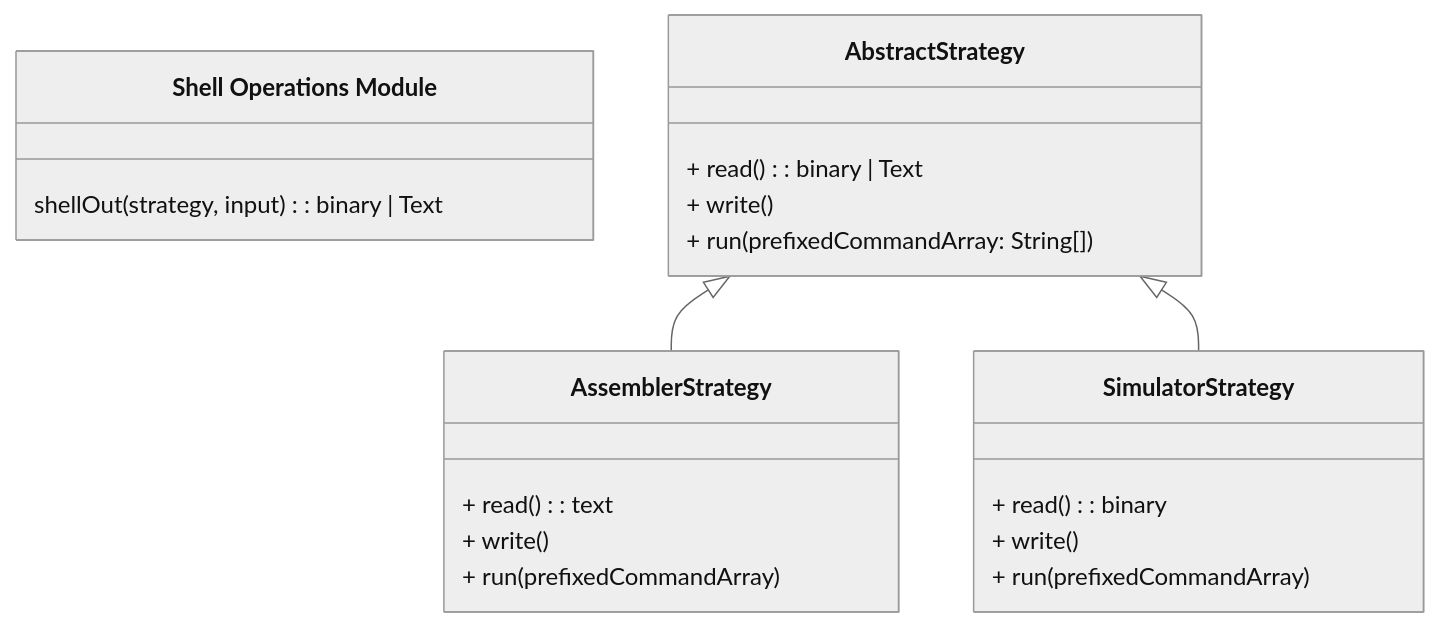
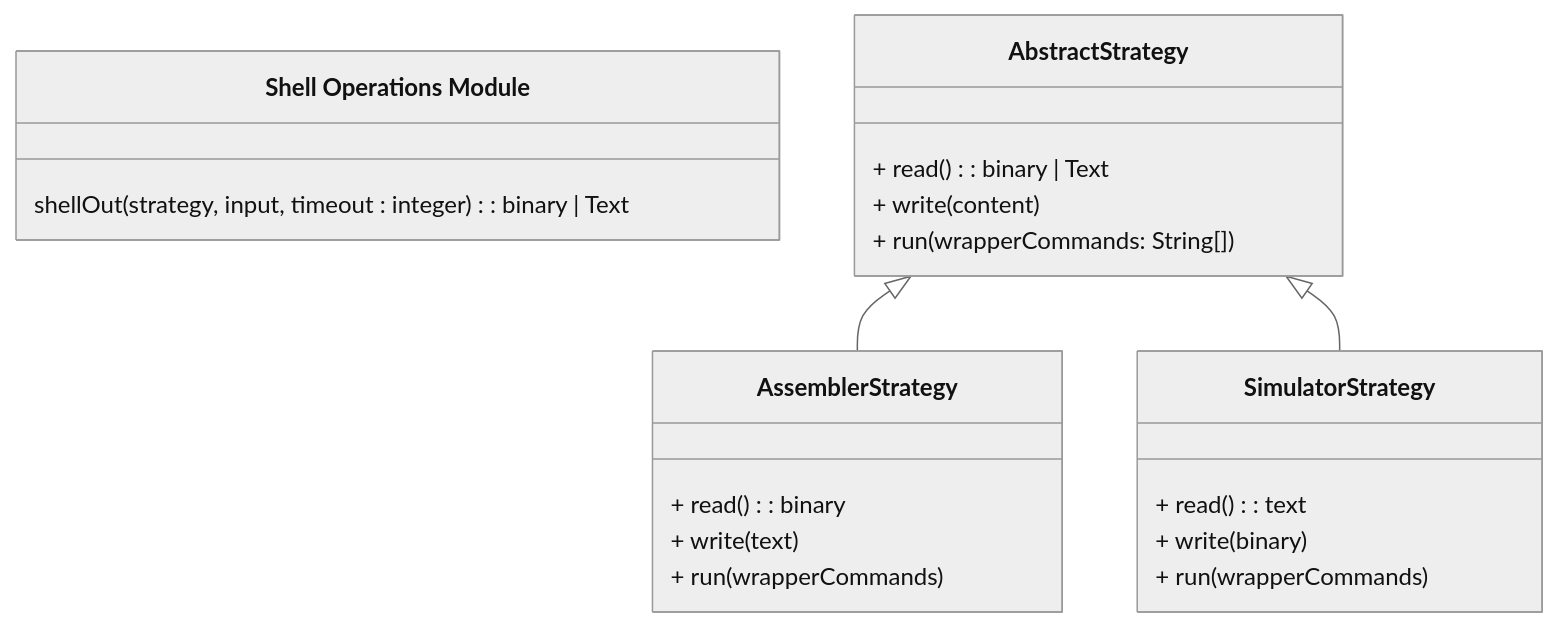
Before and after one commit to Wirt4/mmix-simulator: the diagram in docs/service_architecture.md, drawn with Mermaid (neutral theme). The commit also changed other lines of this file, not shown here.

Commit message:
don't lose your work

````diff
--- a/docs/service_architecture.md
+++ b/docs/service_architecture.md
@@ -38,25 +45,25 @@
 ```mermaid
 classDiagram
 direction TB
 class Shell ["Shell Operations Module"]{
-   shellOut(strategy, input): binary | Text
+   shellOut(strategy, input, timeout : integer): binary | Text
 }
 	class AbstractStrategy{
 		+ read() : binary | Text
-        + write ()
-        + run (prefixedCommandArray: String[])
+        + write (content)
+        + run (wrapperCommands: String[])
 	}
 class AssemblerStrategy{
-		+ read() : text
-        + write ()
-        + run (prefixedCommandArray)
+		+ read() : binary
+        + write (text)
+        + run (wrapperCommands)
 	}
 class SimulatorStrategy{
-		+ read() : binary
-        + write ()
-        + run (prefixedCommandArray)
+		+ read() : text
+        + write (binary)
+        + run (wrapperCommands)
 	}
  AbstractStrategy <|-- AssemblerStrategy
 AbstractStrategy <|-- SimulatorStrategy
 	
 ```
````
